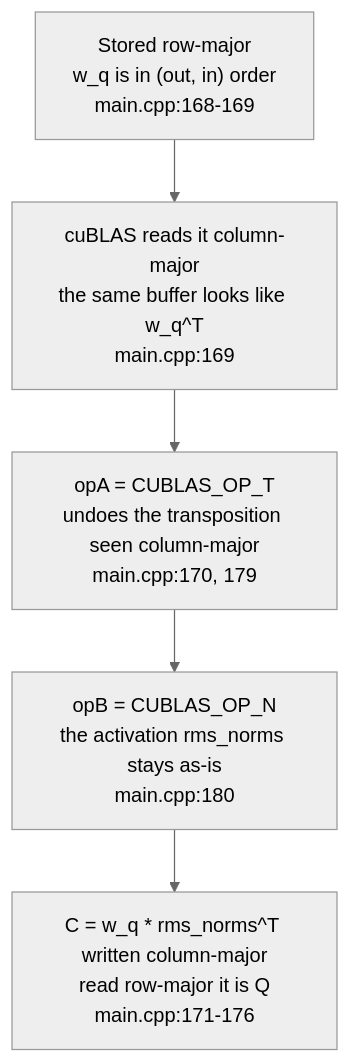
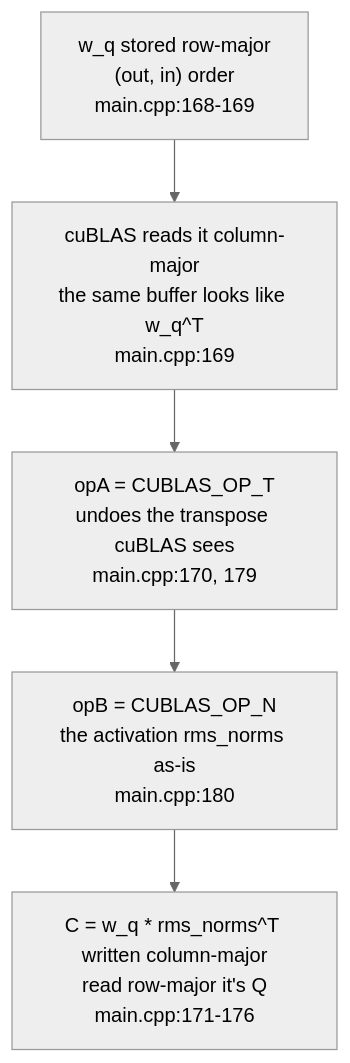
The diagram in data/code-series/jmaczan--tiny-vllm/articles/en-04.md (ryujaehun/ryujaehun.github.io), drawn with Mermaid (neutral theme) before and after one commit. The commit also changed other lines of this file and 27 other files, not shown here.

````diff
--- a/data/code-series/jmaczan--tiny-vllm/articles/en-04.md
+++ b/data/code-series/jmaczan--tiny-vllm/articles/en-04.md
@@ -235,7 +211,7 @@
 ```mermaid
 flowchart TD
-    A["Stored row-major<br/>w_q is in (out, in) order<br/>main.cpp:168-169"] --> B["cuBLAS reads it column-major<br/>the same buffer looks like w_q^T<br/>main.cpp:169"]
-    B --> C["opA = CUBLAS_OP_T<br/>undoes the transposition seen column-major<br/>main.cpp:170, 179"]
-    C --> D["opB = CUBLAS_OP_N<br/>the activation rms_norms stays as-is<br/>main.cpp:180"]
-    D --> E["C = w_q * rms_norms^T written column-major<br/>read row-major it is Q<br/>main.cpp:171-176"]
+    A["w_q stored row-major<br/>(out, in) order<br/>main.cpp:168-169"] --> B["cuBLAS reads it column-major<br/>the same buffer looks like w_q^T<br/>main.cpp:169"]
+    B --> C["opA = CUBLAS_OP_T<br/>undoes the transpose cuBLAS sees<br/>main.cpp:170, 179"]
+    C --> D["opB = CUBLAS_OP_N<br/>the activation rms_norms as-is<br/>main.cpp:180"]
+    D --> E["C = w_q * rms_norms^T written column-major<br/>read row-major it's Q<br/>main.cpp:171-176"]
 ```
````
